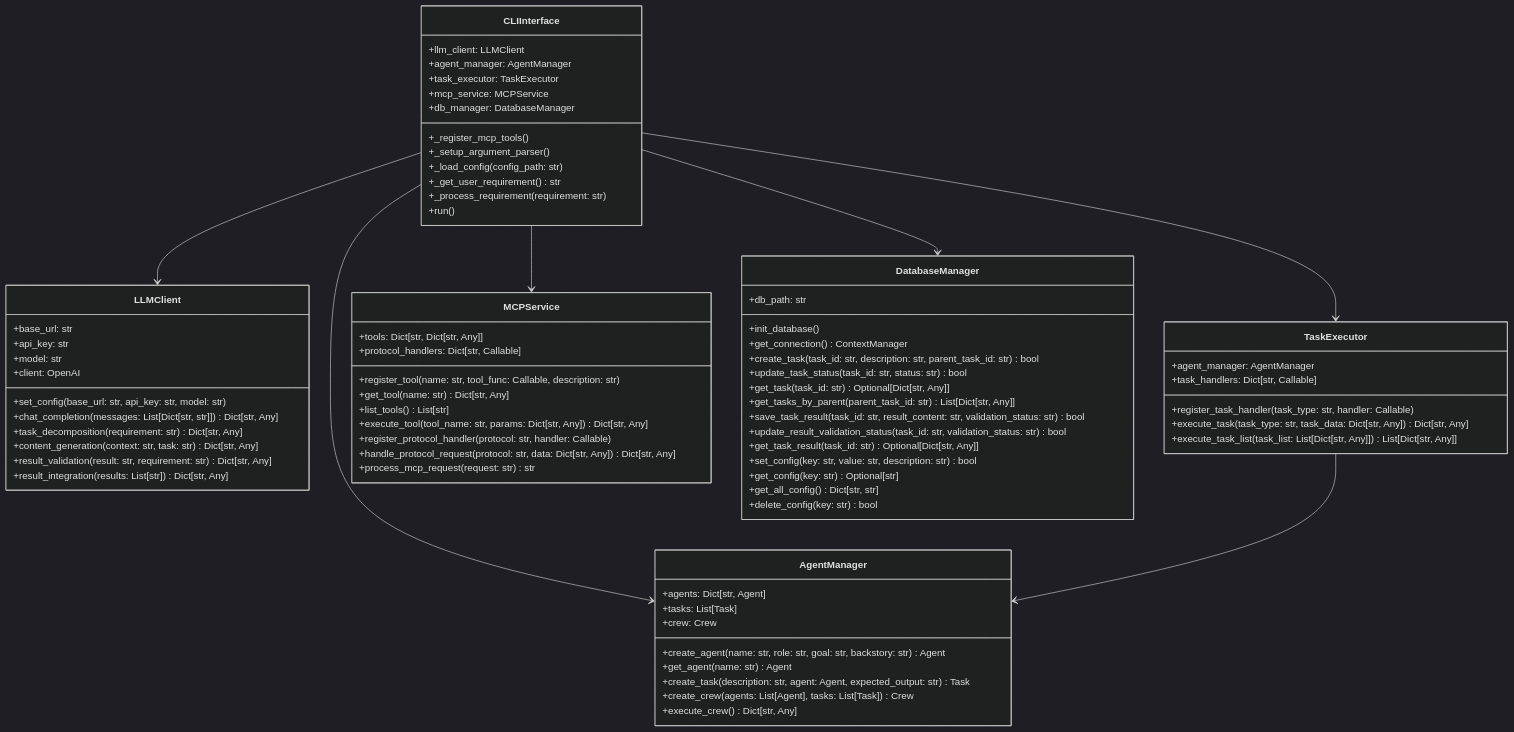
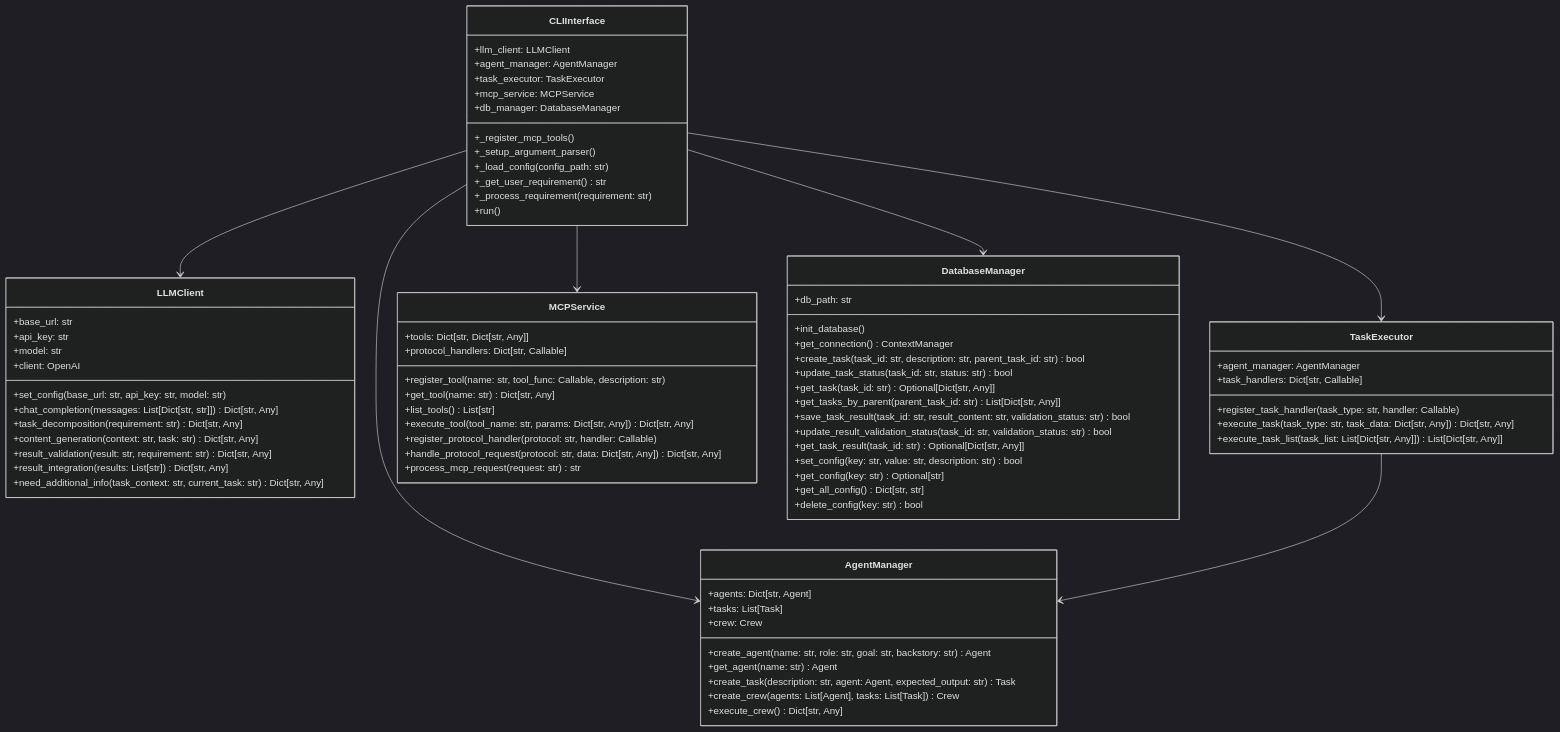
One commit to wangchengyu/AI-Agent-Flow changed the first of 6 diagrams in doc/uml.md. Above: the diagram before and after it, drawn with Mermaid (dark theme). The commit also changed other lines of this file and 4 other files, not shown here.

```diff
--- a/doc/uml.md
+++ b/doc/uml.md
@@ -31,6 +31,7 @@
         +content_generation(context: str, task: str) Dict[str, Any]
         +result_validation(result: str, requirement: str) Dict[str, Any]
         +result_integration(results: List[str]) Dict[str, Any]
+        +need_additional_info(task_context: str, current_task: str) Dict[str, Any]
     }
     
     class AgentManager {
```
